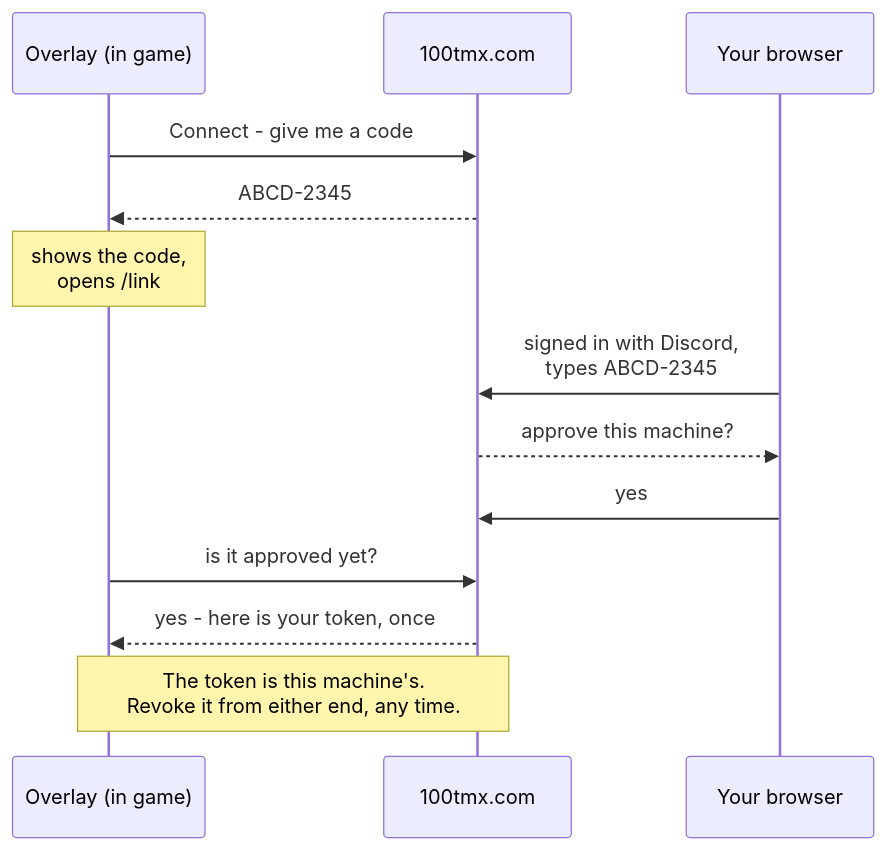
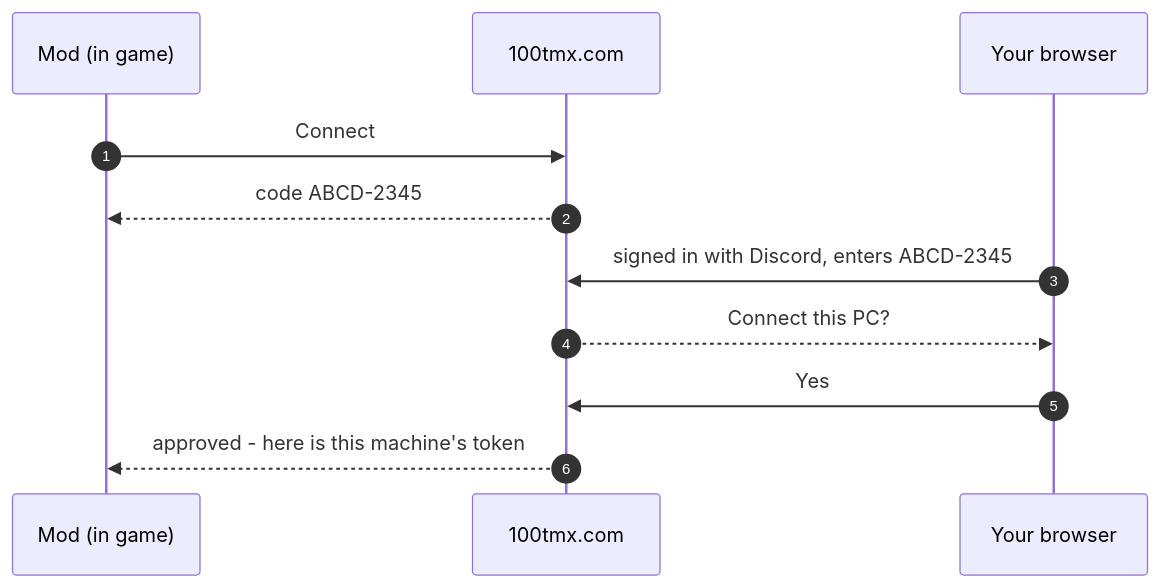
One commit to cheatoskar/100-TMX-Bingo-Plugin changed the first of 4 diagrams in README.md. Above: the diagram before and after it, drawn with Mermaid. The commit also changed other lines of this file, not shown here.

````diff
--- a/README.md
+++ b/README.md
@@ -182,16 +118,13 @@
 ```mermaid
 sequenceDiagram
-    participant G as Overlay (in game)
+    autonumber
+    participant G as Mod (in game)
     participant S as 100tmx.com
     participant B as Your browser
-
-    G->>S: Connect - give me a code
-    S-->>G: ABCD-2345
-    Note over G: shows the code,<br/>opens /link
-    B->>S: signed in with Discord,<br/>types ABCD-2345
-    S-->>B: approve this machine?
-    B->>S: yes
-    G->>S: is it approved yet?
-    S-->>G: yes - here is your token, once
-    Note over G,S: The token is this machine's.<br/>Revoke it from either end, any time.
+    G->>S: Connect
+    S-->>G: code ABCD-2345
+    B->>S: signed in with Discord, enters ABCD-2345
+    S-->>B: Connect this PC?
+    B->>S: Yes
+    S-->>G: approved - here is this machine's token
 ```
````
